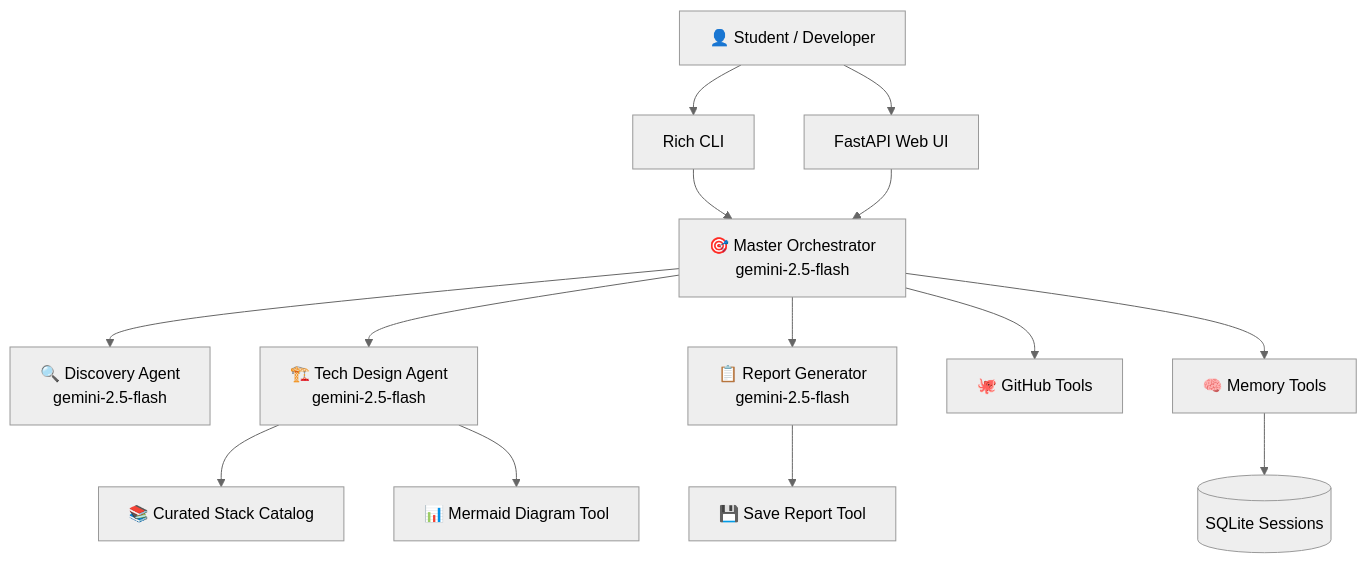
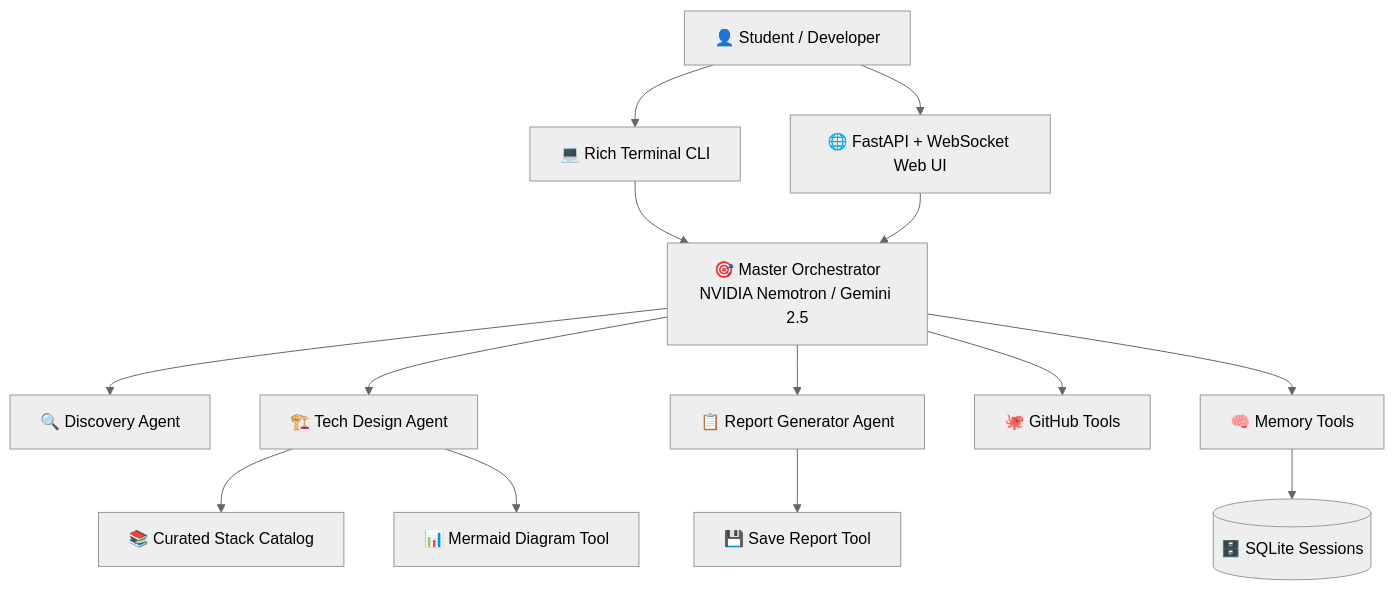
One commit to Laharsolanki/ProjectForge-AI changed the diagram in README.md. Above: the diagram before and after it, drawn with Mermaid (neutral theme). The commit also changed other lines of this file and 1 other file, not shown here.

Commit message:
docs: update README and .env.example with NVIDIA NIM and multi-LLM provider support

````diff
--- a/README.md
+++ b/README.md
@@ -41,16 +55,16 @@
 ```mermaid
 graph TD
-    U[👤 Student / Developer] --> CLI[Rich CLI]
-    U --> WEB[FastAPI Web UI]
-    CLI --> ORCH[🎯 Master Orchestrator<br/>gemini-2.5-flash]
+    U[👤 Student / Developer] --> CLI[💻 Rich Terminal CLI]
+    U --> WEB[🌐 FastAPI + WebSocket Web UI]
+    CLI --> ORCH[🎯 Master Orchestrator<br/>NVIDIA Nemotron / Gemini 2.5]
     WEB --> ORCH
-    ORCH --> DISC[🔍 Discovery Agent<br/>gemini-2.5-flash]
-    ORCH --> TECH[🏗️ Tech Design Agent<br/>gemini-2.5-flash]
-    ORCH --> REPORT[📋 Report Generator<br/>gemini-2.5-flash]
+    ORCH --> DISC[🔍 Discovery Agent]
+    ORCH --> TECH[🏗️ Tech Design Agent]
+    ORCH --> REPORT[📋 Report Generator Agent]
     TECH --> CURATED[📚 Curated Stack Catalog]
     TECH --> DIAGRAM[📊 Mermaid Diagram Tool]
     REPORT --> SAVE[💾 Save Report Tool]
     ORCH --> GH[🐙 GitHub Tools]
     ORCH --> MEM[🧠 Memory Tools]
-    MEM --> DB[(SQLite Sessions)]
+    MEM --> DB[(🗄️ SQLite Sessions)]
 ```
````
